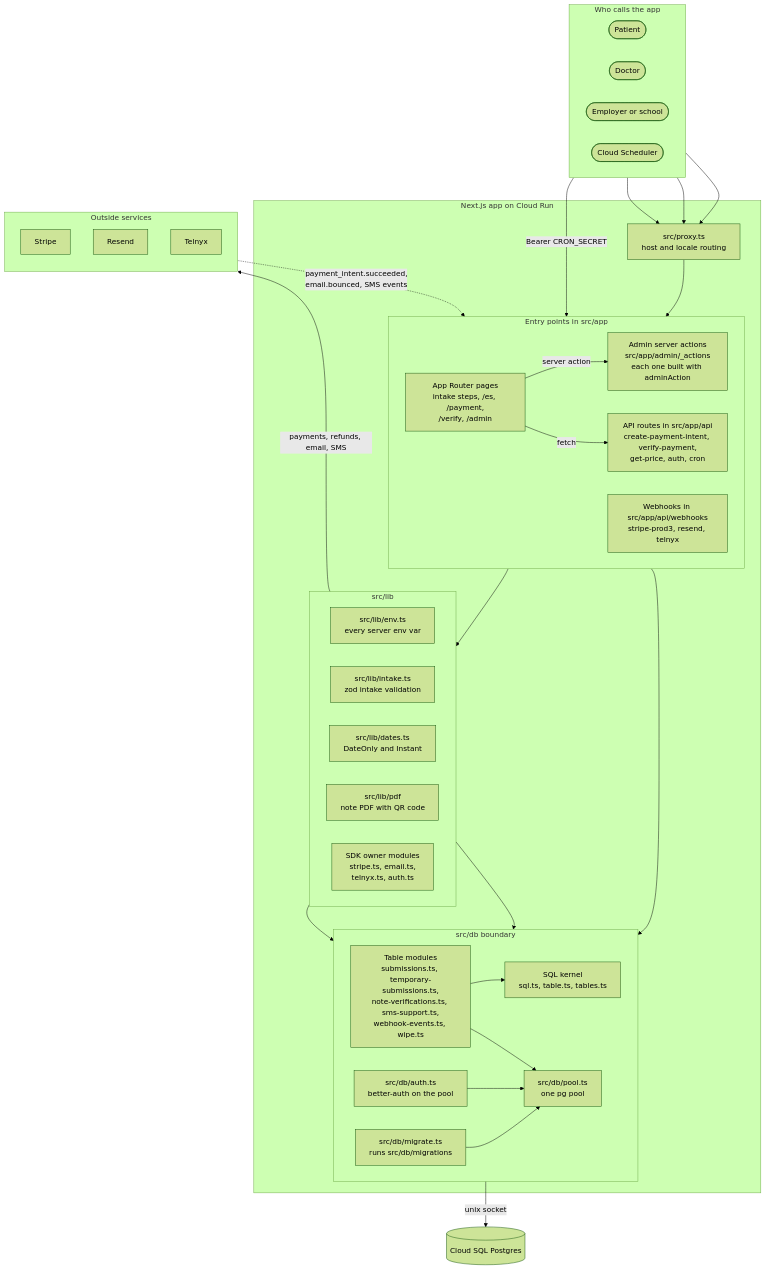
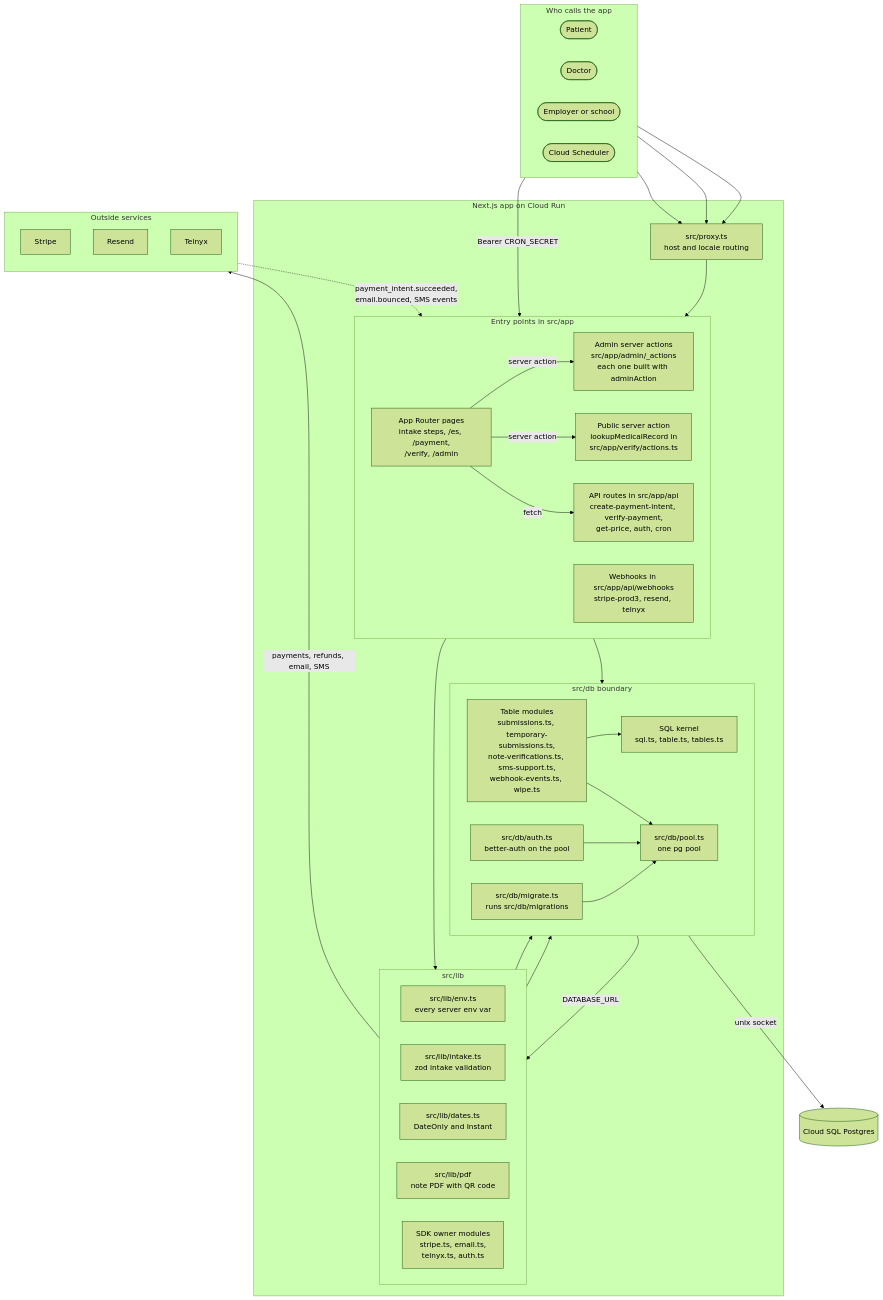
Before and after one commit to chasef07/odn: the first of 2 diagrams in README.md, drawn with Mermaid (forest theme). The commit also changed other lines of this file, not shown here.

First line of the commit message:
docs(readme): correct override guards, webhook retries and diagram edges from the fact-check

````diff
--- a/README.md
+++ b/README.md
@@ -26,71 +26,74 @@
 ```mermaid
 flowchart TB
   subgraph people["Who calls the app"]
     direction LR
     patient(["Patient"])
     doctor(["Doctor"])
     checker(["Employer or school"])
     scheduler(["Cloud Scheduler"])
   end
 
   subgraph cloudrun["Next.js app on Cloud Run"]
     proxy["src/proxy.ts<br/>host and locale routing"]
 
     subgraph entry["Entry points in src/app"]
       direction LR
       pages["App Router pages<br/>intake steps, /es, /payment,<br/>/verify, /admin"]
       actions["Admin server actions<br/>src/app/admin/_actions<br/>each one built with adminAction"]
+      lookup["Public server action<br/>lookupMedicalRecord in<br/>src/app/verify/actions.ts"]
       routes["API routes in src/app/api<br/>create-payment-intent, verify-payment,<br/>get-price, auth, cron"]
       webhooks["Webhooks in src/app/api/webhooks<br/>stripe-prod3, resend, telnyx"]
     end
 
     subgraph lib["src/lib"]
       direction LR
       env["src/lib/env.ts<br/>every server env var"]
       intake["src/lib/intake.ts<br/>zod intake validation"]
       dates["src/lib/dates.ts<br/>DateOnly and Instant"]
       pdf["src/lib/pdf<br/>note PDF with QR code"]
       owners["SDK owner modules<br/>stripe.ts, email.ts,<br/>telnyx.ts, auth.ts"]
     end
 
     subgraph db["src/db boundary"]
       direction LR
       modules["Table modules<br/>submissions.ts, temporary-submissions.ts,<br/>note-verifications.ts, sms-support.ts,<br/>webhook-events.ts, wipe.ts"]
       kernel["SQL kernel<br/>sql.ts, table.ts, tables.ts"]
       authdb["src/db/auth.ts<br/>better-auth on the pool"]
       migrate["src/db/migrate.ts<br/>runs src/db/migrations"]
       pool["src/db/pool.ts<br/>one pg pool"]
     end
   end
 
   subgraph outside["Outside services"]
     direction TB
     stripe["Stripe"]
     resend["Resend"]
     telnyx["Telnyx"]
   end
 
   postgres[("Cloud SQL Postgres")]
 
   patient --> proxy
   doctor --> proxy
   checker --> proxy
   scheduler -->|Bearer CRON_SECRET| routes
   proxy --> pages
   pages -->|server action| actions
+  pages -->|server action| lookup
   pages -->|fetch| routes
 
   entry --> lib
   entry --> modules
   lib --> modules
   owners --> authdb
 
   owners -->|payments, refunds, email, SMS| outside
   outside -.->|payment_intent.succeeded,<br/>email.bounced, SMS events| webhooks
 
   modules --> kernel
   modules --> pool
   authdb --> pool
   migrate --> pool
+  pool -->|DATABASE_URL| env
   pool -->|unix socket| postgres
 ```
````
